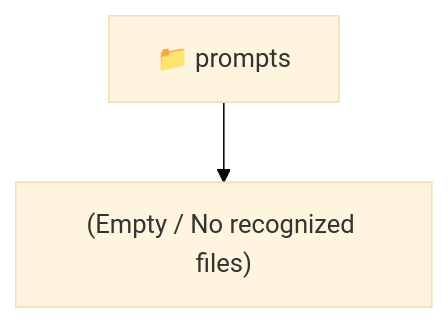
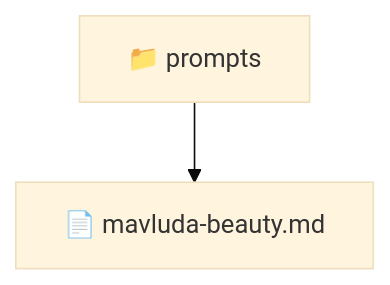
One commit to beginwebdev2002/fullstack-mavluda changed the diagram in .github/prompts/README.md. Above: the diagram before and after it, drawn with Mermaid (base theme). The commit also changed other lines of this file and 165 other files, not shown here.

First line of the commit message:
docs: generate localized architectural READMEs

````diff
--- a/.github/prompts/README.md
+++ b/.github/prompts/README.md
@@ -9,5 +9,5 @@
 ```mermaid
 graph TD
-  Root["📁 prompts"]
-  Root --> Empty["(Empty / No recognized files)"]
+  prompts["📁 prompts"]
+  prompts --> mavluda_beauty_md["📄 mavluda-beauty.md"]
 ```
````
